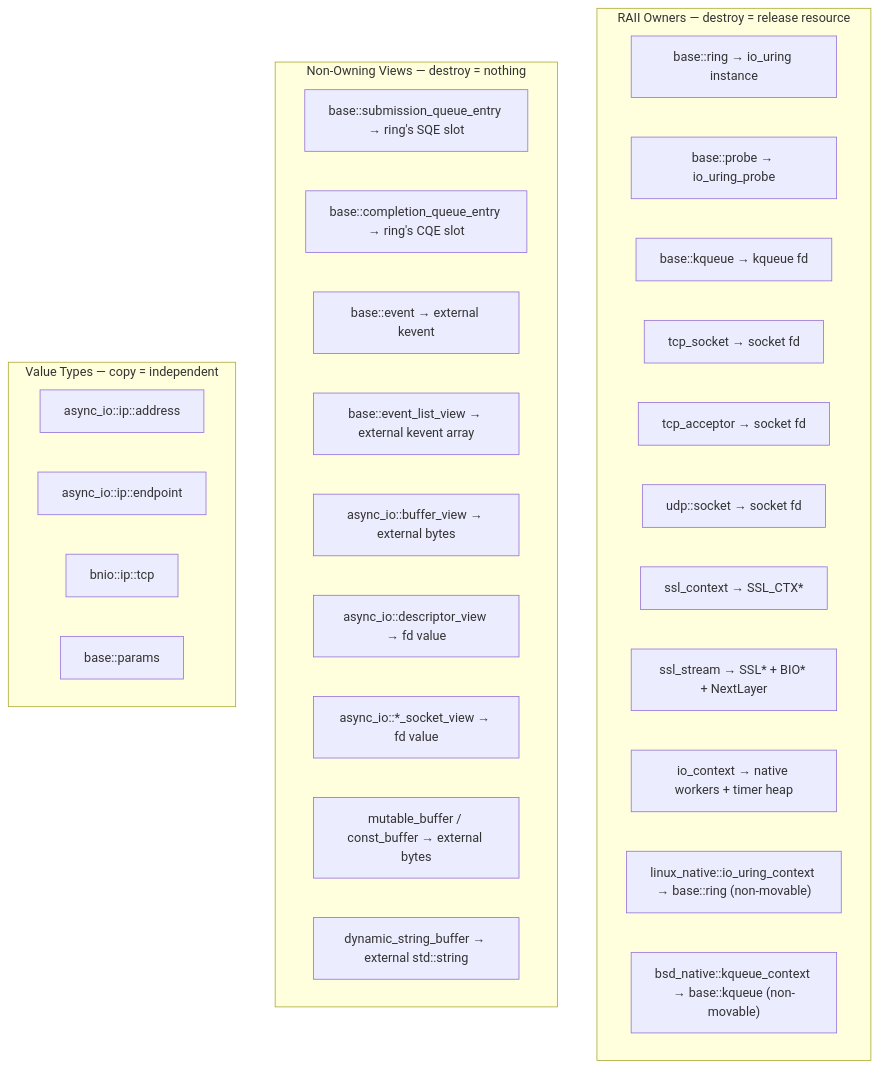
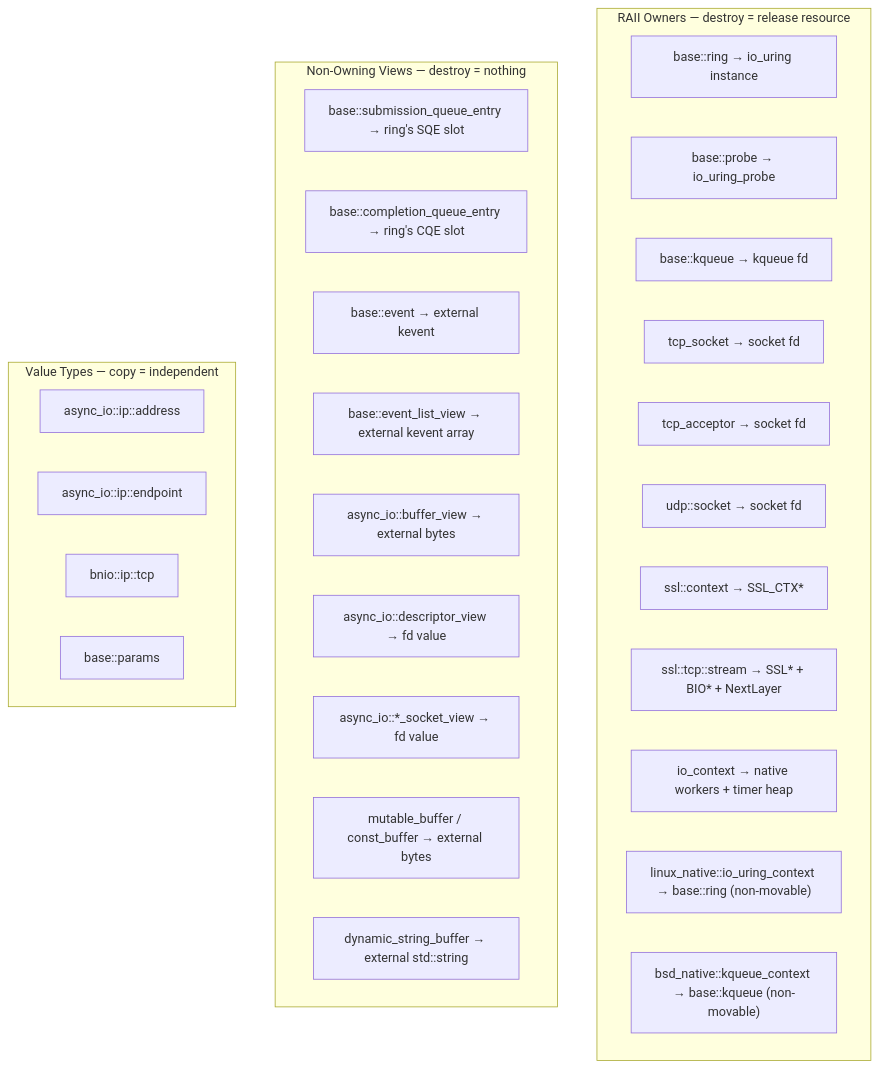
One commit to haomingbai/bnio changed the first of 3 diagrams in docs/design/lifecycle.md. Above: the diagram before and after it, drawn with Mermaid. The commit also changed other lines of this file and 3 other files, not shown here.

````diff
--- a/docs/design/lifecycle.md
+++ b/docs/design/lifecycle.md
@@ -12,35 +12,35 @@
 ```mermaid
 graph TB
     subgraph OWN["RAII Owners — destroy = release resource"]
         O1["base::ring → io_uring instance"]
         O2["base::probe → io_uring_probe"]
         O3["base::kqueue → kqueue fd"]
         O4["tcp_socket → socket fd"]
         O5["tcp_acceptor → socket fd"]
         O5b["udp::socket → socket fd"]
-        O6["ssl_context → SSL_CTX*"]
-        O7["ssl_stream → SSL* + BIO* + NextLayer"]
+        O6["ssl::context → SSL_CTX*"]
+        O7["ssl::tcp::stream → SSL* + BIO* + NextLayer"]
         O8["io_context → native workers + timer heap"]
         O9["linux_native::io_uring_context → base::ring (non-movable)"]
         O10["bsd_native::kqueue_context → base::kqueue (non-movable)"]
     end
 
     subgraph VIEW["Non-Owning Views — destroy = nothing"]
         V1["base::submission_queue_entry → ring's SQE slot"]
         V2["base::completion_queue_entry → ring's CQE slot"]
         V3["base::event → external kevent"]
         V4["base::event_list_view → external kevent array"]
         V5["async_io::buffer_view → external bytes"]
         V6["async_io::descriptor_view → fd value"]
         V7["async_io::*_socket_view → fd value"]
         V8["mutable_buffer / const_buffer → external bytes"]
         V9["dynamic_string_buffer → external std::string"]
     end
 
     subgraph VAL["Value Types — copy = independent"]
         VL1["async_io::ip::address"]
         VL2["async_io::ip::endpoint"]
         VL3["bnio::ip::tcp"]
         VL4["base::params"]
     end
 ```
````
